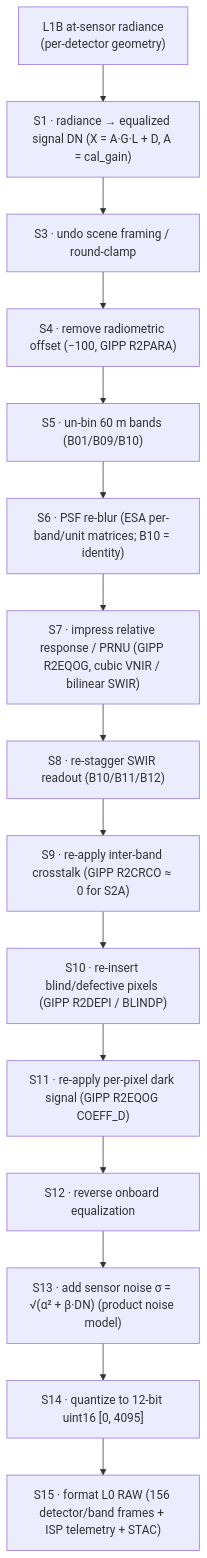
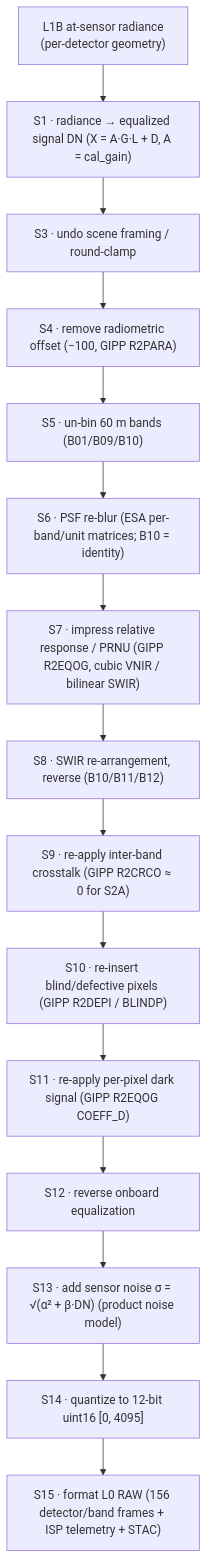
The diagram in docs/dpm/introduction.md (AstroCan17/s2-msi-raw-generator), drawn with Mermaid before and after one commit. The commit also changed other lines of this file and 9 other files, not shown here.

First line of the commit message:
docs: S8 label "SWIR re-stagger" → "SWIR re-arrangement (reverse)"

````diff
--- a/docs/dpm/introduction.md
+++ b/docs/dpm/introduction.md
@@ -31,19 +31,19 @@
 ```mermaid
 flowchart TD
     IN["L1B at-sensor radiance<br/>(per-detector geometry)"]
     S1["S1 · radiance → equalized signal DN (X = A·G·L + D, A = cal_gain)"]
     S3["S3 · undo scene framing / round-clamp"]
     S4["S4 · remove radiometric offset (−100, GIPP R2PARA)"]
     S5["S5 · un-bin 60 m bands (B01/B09/B10)"]
     S6["S6 · PSF re-blur (ESA per-band/unit matrices; B10 = identity)"]
     S7["S7 · impress relative response / PRNU (GIPP R2EQOG, cubic VNIR / bilinear SWIR)"]
-    S8["S8 · re-stagger SWIR readout (B10/B11/B12)"]
+    S8["S8 · SWIR re-arrangement, reverse (B10/B11/B12)"]
     S9["S9 · re-apply inter-band crosstalk (GIPP R2CRCO ≈ 0 for S2A)"]
     S10["S10 · re-insert blind/defective pixels (GIPP R2DEPI / BLINDP)"]
     S11["S11 · re-apply per-pixel dark signal (GIPP R2EQOG COEFF_D)"]
     S12["S12 · reverse onboard equalization"]
     S13["S13 · add sensor noise σ = √(α² + β·DN) (product noise model)"]
     S14["S14 · quantize to 12-bit uint16 [0, 4095]"]
     S15["S15 · format L0 RAW (156 detector/band frames + ISP telemetry + STAC)"]
     IN --> S1 --> S3 --> S4 --> S5 --> S6 --> S7 --> S8 --> S9 --> S10 --> S11 --> S12 --> S13 --> S14 --> S15
 ```
````
